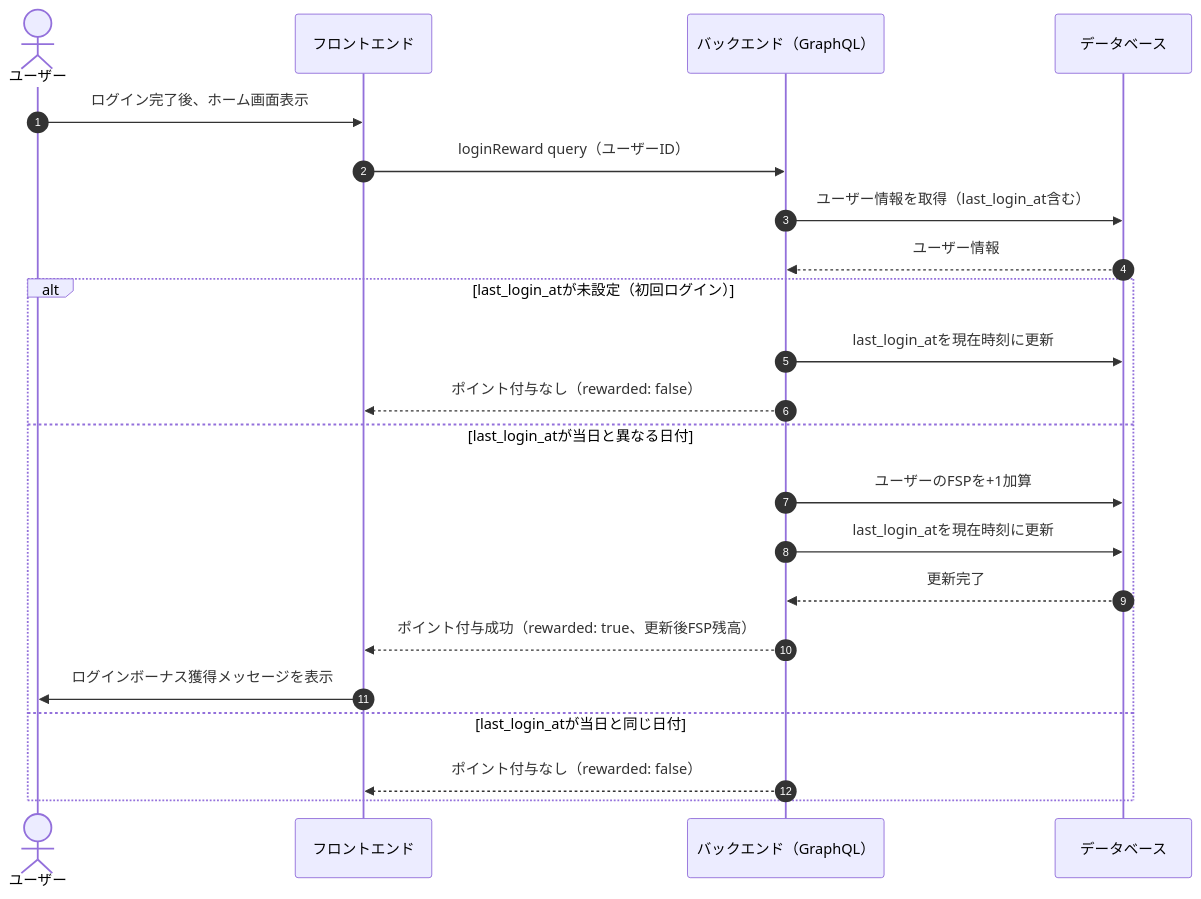
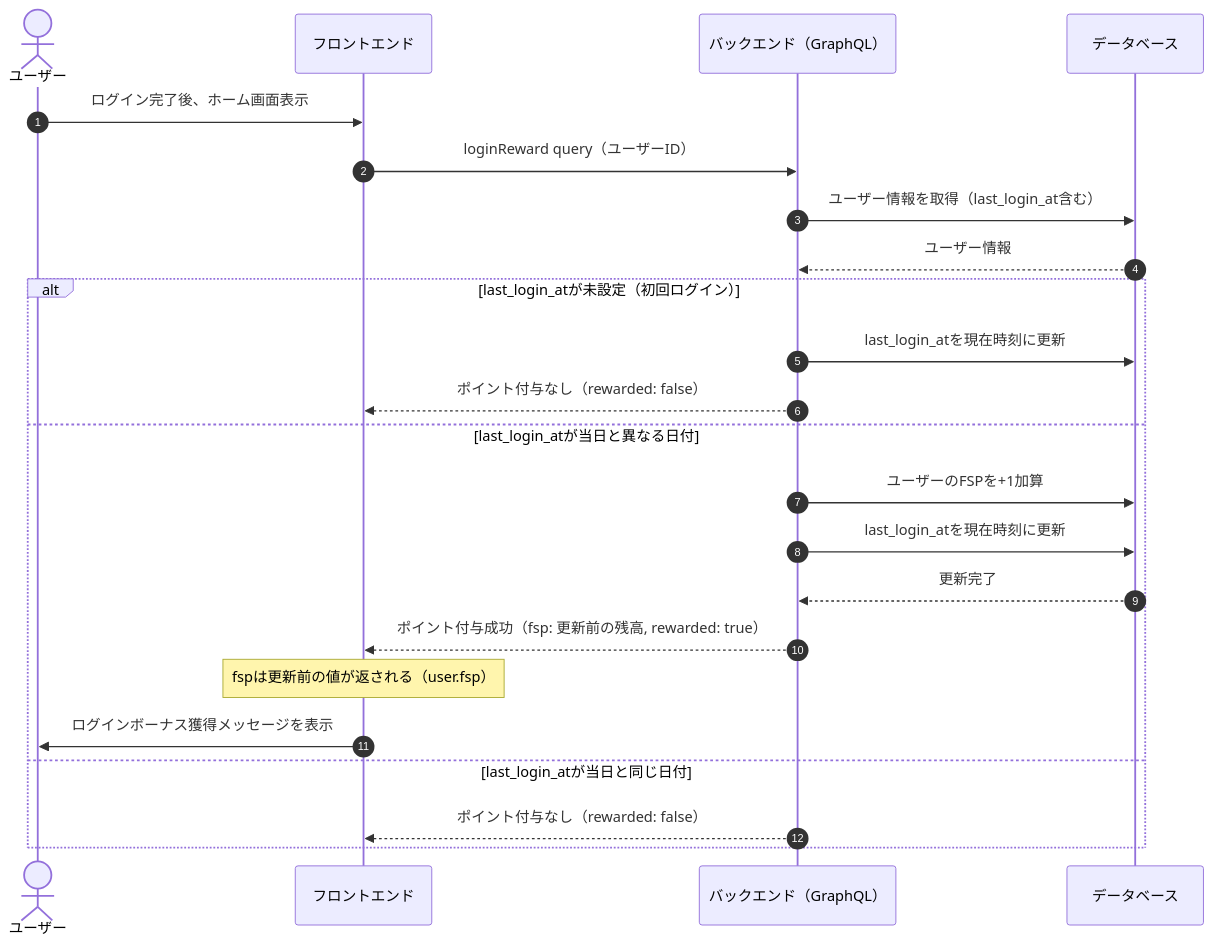
One commit to sc-hosokawa/frienda changed the sixth of 13 diagrams in docs/sequence-diagrams.md. Above: the diagram before and after it, drawn with Mermaid.

Commit message:
docs: ログインボーナスの戻り値を実装に合わせて修正
login_reward_usecase.rsの実装では(user.fsp, rewarded)を返しており、
fspフィールドは更新前の値。「更新後FSP残高」→「更新前の残高」に修正し、
補足noteを追加。

````diff
--- a/docs/sequence-diagrams.md
+++ b/docs/sequence-diagrams.md
@@ -270,28 +270,29 @@
 ```mermaid
 sequenceDiagram
     autonumber
 
     actor ユーザー
     participant フロントエンド
     participant バックエンド as バックエンド（GraphQL）
     participant データベース
 
     ユーザー->>フロントエンド: ログイン完了後、ホーム画面表示
     フロントエンド->>バックエンド: loginReward query（ユーザーID）
 
     バックエンド->>データベース: ユーザー情報を取得（last_login_at含む）
     データベース-->>バックエンド: ユーザー情報
 
     alt last_login_atが未設定（初回ログイン）
         バックエンド->>データベース: last_login_atを現在時刻に更新
         バックエンド-->>フロントエンド: ポイント付与なし（rewarded: false）
     else last_login_atが当日と異なる日付
         バックエンド->>データベース: ユーザーのFSPを+1加算
         バックエンド->>データベース: last_login_atを現在時刻に更新
         データベース-->>バックエンド: 更新完了
-        バックエンド-->>フロントエンド: ポイント付与成功（rewarded: true、更新後FSP残高）
+        バックエンド-->>フロントエンド: ポイント付与成功（fsp: 更新前の残高, rewarded: true）
+        Note over フロントエンド: fspは更新前の値が返される（user.fsp）
         フロントエンド->>ユーザー: ログインボーナス獲得メッセージを表示
     else last_login_atが当日と同じ日付
         バックエンド-->>フロントエンド: ポイント付与なし（rewarded: false）
     end
 ```
````
